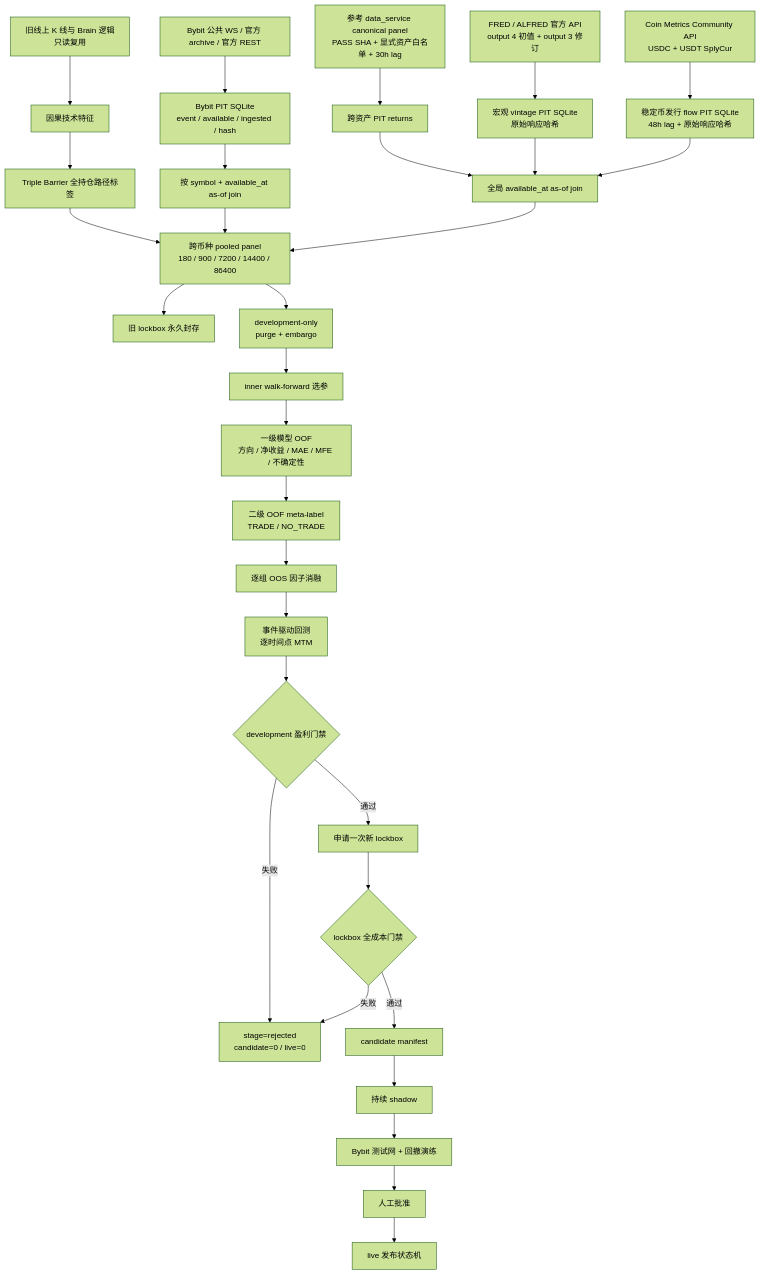
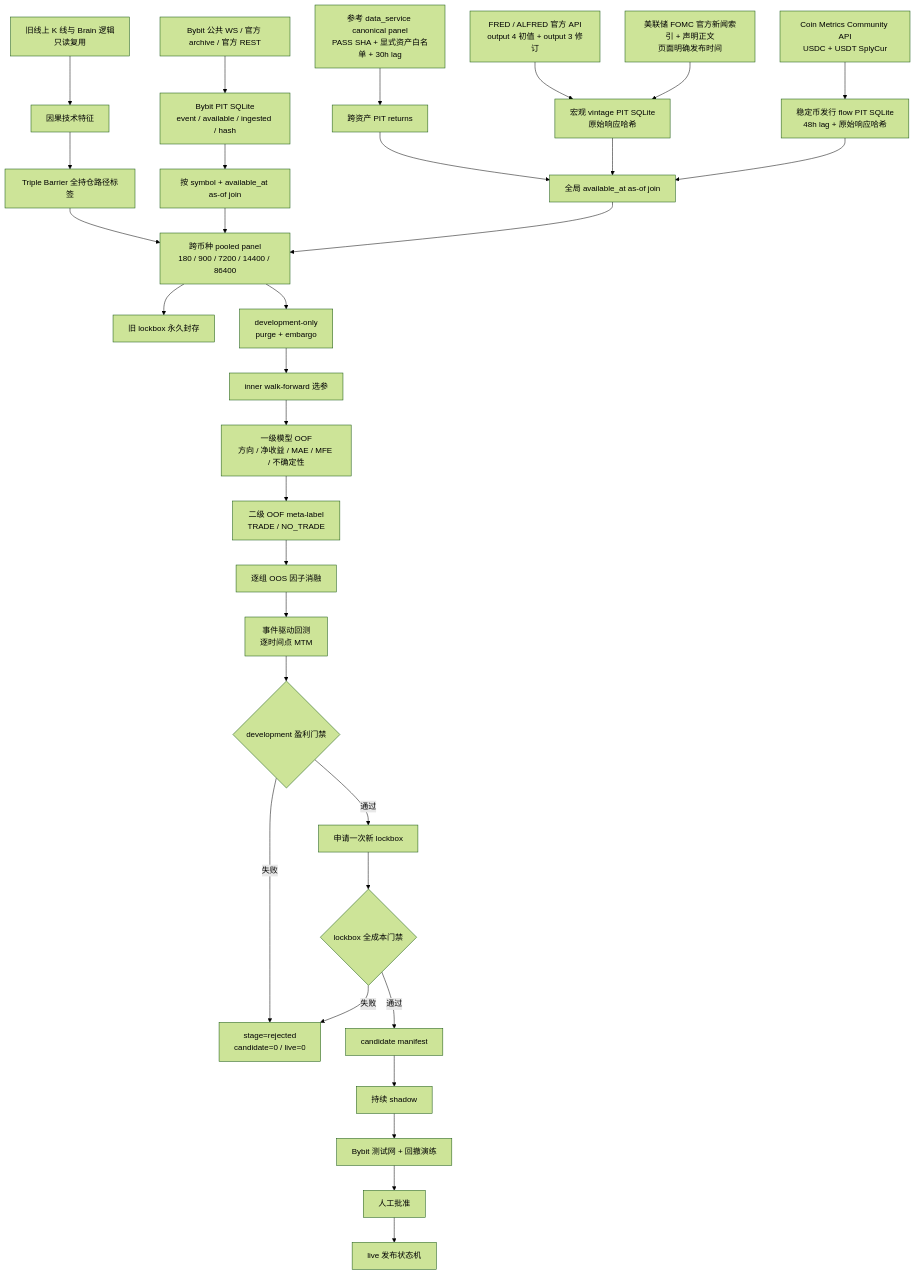
The first of 2 diagrams in ai_bot3/ai_bot3/docs/profitability_alpha_architecture.md (ckbkdj/ai-bybit-trading-system), drawn with Mermaid (forest theme) before and after one commit. The commit also changed other lines of this file and 7 other files, not shown here.

````diff
--- a/ai_bot3/ai_bot3/docs/profitability_alpha_architecture.md
+++ b/ai_bot3/ai_bot3/docs/profitability_alpha_architecture.md
@@ -19,36 +19,37 @@
 ```mermaid
 flowchart TD
     A[旧线上 K 线与 Brain 逻辑<br/>只读复用] --> B[因果技术特征]
     C[Bybit 公共 WS / 官方 archive / 官方 REST] --> D[Bybit PIT SQLite<br/>event / available / ingested / hash]
     E[参考 data_service canonical panel<br/>PASS SHA + 显式资产白名单 + 30h lag] --> F[跨资产 PIT returns]
     G[FRED / ALFRED 官方 API<br/>output 4 初值 + output 3 修订] --> H[宏观 vintage PIT SQLite<br/>原始响应哈希]
+    AE[美联储 FOMC 官方新闻索引 + 声明正文<br/>页面明确发布时间] --> H
     AC[Coin Metrics Community API<br/>USDC + USDT SplyCur] --> AD[稳定币发行 flow PIT SQLite<br/>48h lag + 原始响应哈希]
 
     B --> I[Triple Barrier 全持仓路径标签]
     D --> J[按 symbol + available_at as-of join]
     F --> K[全局 available_at as-of join]
     H --> K
     AD --> K
     I --> L[跨币种 pooled panel<br/>180 / 900 / 7200 / 14400 / 86400]
     J --> L
     K --> L
 
     L --> M[旧 lockbox 永久封存]
     L --> N[development-only<br/>purge + embargo]
     N --> O[inner walk-forward 选参]
     O --> P[一级模型 OOF<br/>方向 / 净收益 / MAE / MFE / 不确定性]
     P --> Q[二级 OOF meta-label<br/>TRADE / NO_TRADE]
     Q --> R[逐组 OOS 因子消融]
     R --> S[事件驱动回测<br/>逐时间点 MTM]
     S --> T{development 盈利门禁}
 
     T -- 失败 --> U[stage=rejected<br/>candidate=0 / live=0]
     T -- 通过 --> V[申请一次新 lockbox]
     V --> W{lockbox 全成本门禁}
     W -- 失败 --> U
     W -- 通过 --> X[candidate manifest]
     X --> Y[持续 shadow]
     Y --> Z[Bybit 测试网 + 回撤演练]
     Z --> AA[人工批准]
     AA --> AB[live 发布状态机]
 ```
````
